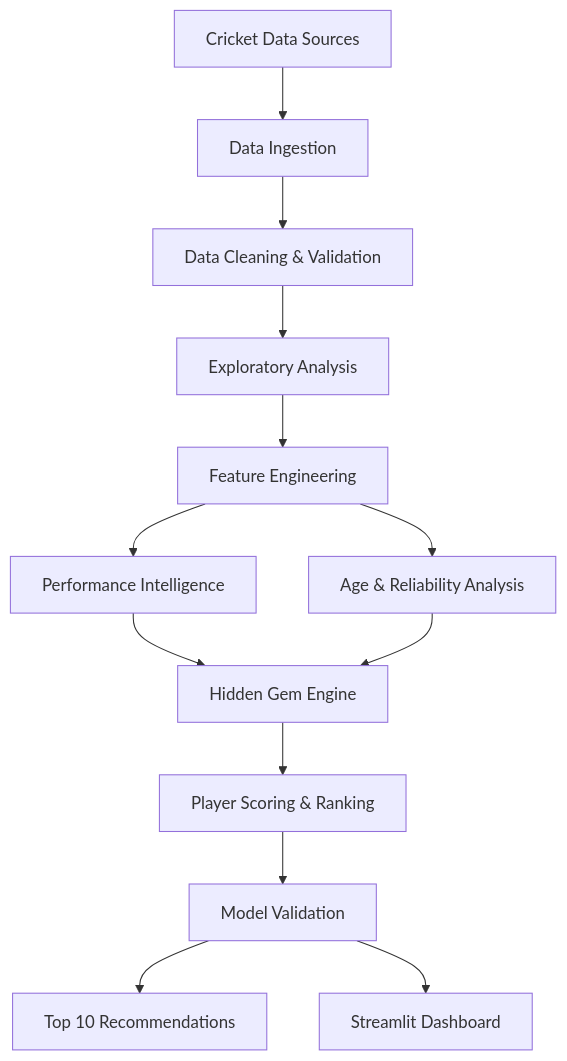
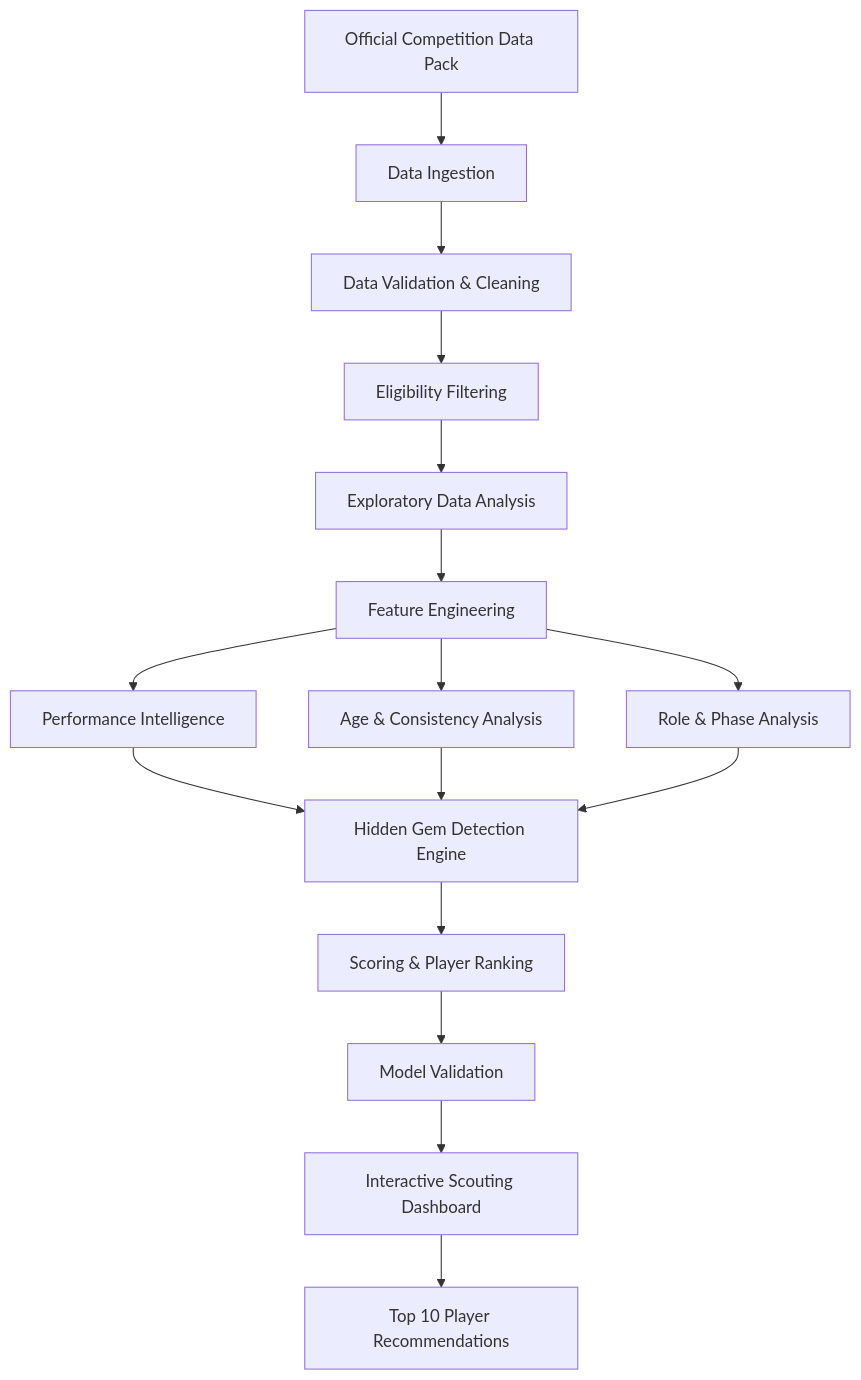
One commit to AnkanXcoder/RR-GemHunters changed the diagram in README.md. Above: the diagram before and after it, drawn with Mermaid. The commit also changed other lines of this file, not shown here.

````diff
--- a/README.md
+++ b/README.md
@@ -81,15 +94,18 @@
 ```mermaid
 flowchart TD
-    A[Cricket Data Sources] --> B[Data Ingestion]
-    B --> C[Data Cleaning & Validation]
-    C --> D[Exploratory Analysis]
-    D --> E[Feature Engineering]
-    E --> F[Performance Intelligence]
-    E --> G[Age & Reliability Analysis]
-    F --> H[Hidden Gem Engine]
-    G --> H
-    H --> I[Player Scoring & Ranking]
-    I --> J[Model Validation]
-    J --> K[Top 10 Recommendations]
-    J --> L[Streamlit Dashboard]
+    A["Official Competition Data Pack"] --> B["Data Ingestion"]
+    B --> C["Data Validation & Cleaning"]
+    C --> D["Eligibility Filtering"]
+    D --> E["Exploratory Data Analysis"]
+    E --> F["Feature Engineering"]
+    F --> G["Performance Intelligence"]
+    F --> H["Age & Consistency Analysis"]
+    F --> I["Role & Phase Analysis"]
+    G --> J["Hidden Gem Detection Engine"]
+    H --> J
+    I --> J
+    J --> K["Scoring & Player Ranking"]
+    K --> L["Model Validation"]
+    L --> M["Interactive Scouting Dashboard"]
+    M --> N["Top 10 Player Recommendations"]
 ```
````
